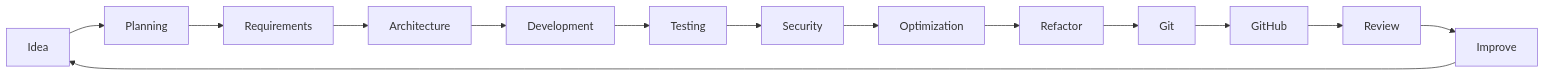
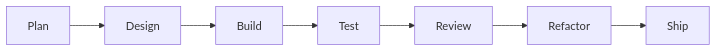
The second of 2 diagrams in README.md (auliaraditama-dev/auliaraditama-dev), drawn with Mermaid before and after one commit. The commit also changed other lines of this file, not shown here.

````diff
--- a/README.md
+++ b/README.md
@@ -666,16 +277,9 @@
 ```mermaid
 flowchart LR
-    A[Idea] --> B[Planning]
-    B --> C[Requirements]
-    C --> D[Architecture]
-    D --> E[Development]
-    E --> F[Testing]
-    F --> G[Security]
-    G --> H[Optimization]
-    H --> I[Refactor]
-    I --> J[Git]
-    J --> K[GitHub]
-    K --> L[Review]
-    L --> M[Improve]
-    M --> A
+    A[Plan] --> B[Design]
+    B --> C[Build]
+    C --> D[Test]
+    D --> E[Review]
+    E --> F[Refactor]
+    F --> G[Ship]
 ```
````
